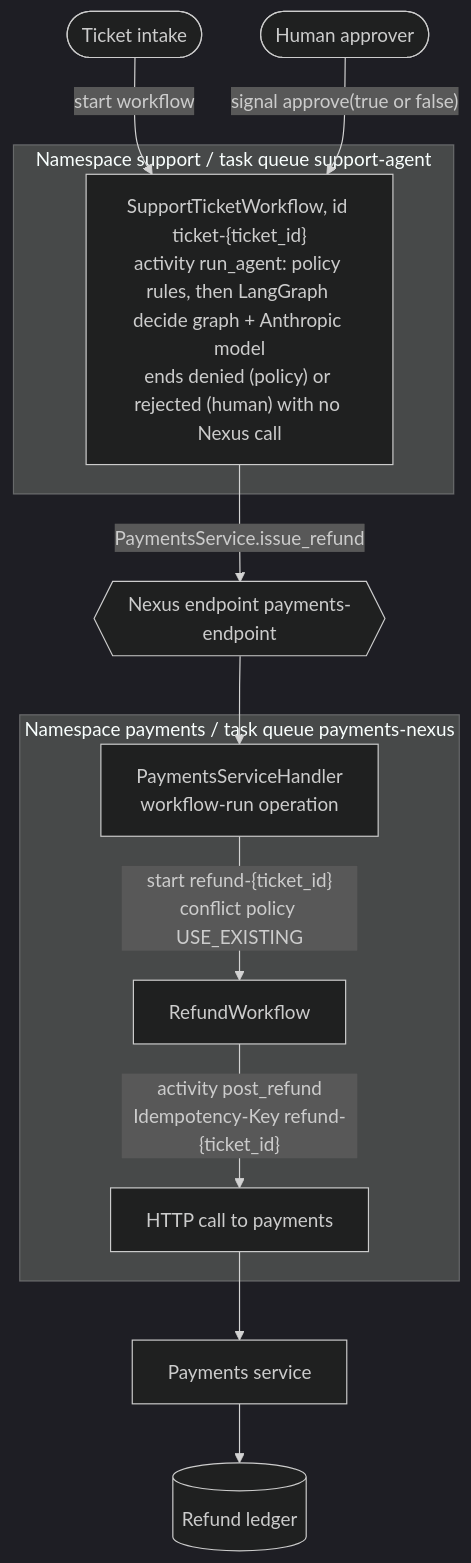
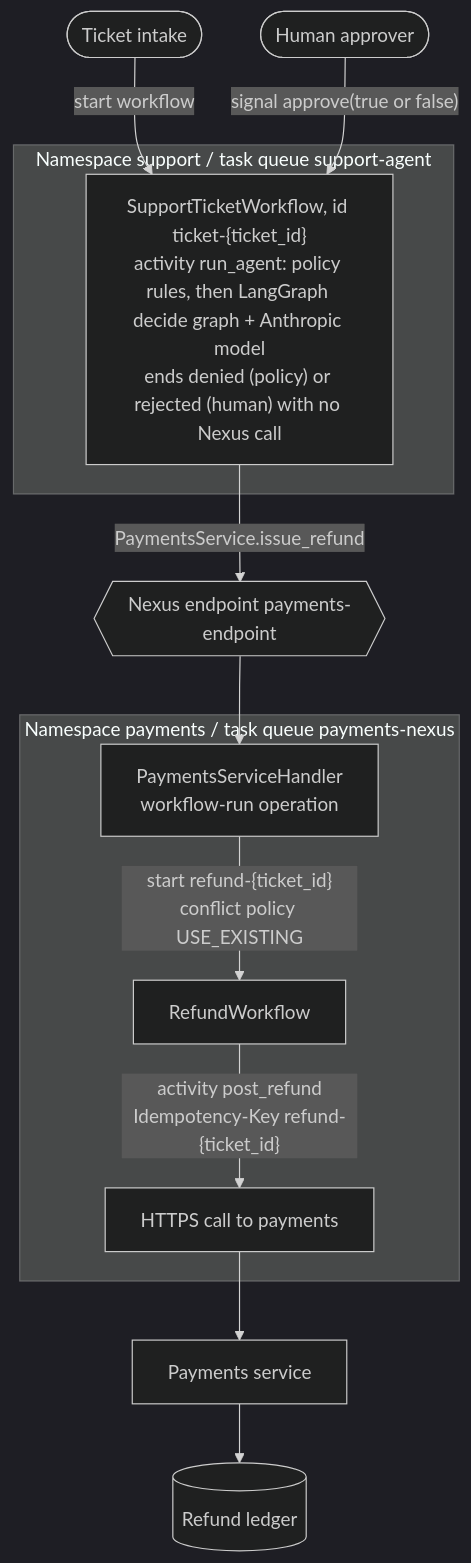
One commit to agileresearchservices/paid-once changed the second of 5 diagrams in docs/architecture.md. Above: the diagram before and after it, drawn with Mermaid (dark theme). The commit also changed other lines of this file and 20 other files, not shown here.

First line of the commit message:
Serve payments and the Lane 1 API over HTTPS with self-signed certificates (#21)

````diff
--- a/docs/architecture.md
+++ b/docs/architecture.md
@@ -40,15 +40,15 @@
 ```mermaid
 flowchart TB
     Helpdesk([Ticket intake]) -->|start workflow| SupportWF
     Approver([Human approver]) -->|"signal approve(true or false)"| SupportWF
     subgraph SupportNS["Namespace support / task queue support-agent"]
         SupportWF["SupportTicketWorkflow, id ticket-{ticket_id}<br/>activity run_agent: policy rules, then LangGraph decide graph + Anthropic model<br/>ends denied (policy) or rejected (human) with no Nexus call"]
     end
     SupportWF -->|"PaymentsService.issue_refund"| Endpoint{{"Nexus endpoint payments-endpoint"}}
     Endpoint --> Handler
     subgraph PaymentsNS["Namespace payments / task queue payments-nexus"]
         Handler["PaymentsServiceHandler<br/>workflow-run operation"] -->|"start refund-{ticket_id}<br/>conflict policy USE_EXISTING"| RefundWF["RefundWorkflow"]
-        RefundWF -->|"activity post_refund<br/>Idempotency-Key refund-{ticket_id}"| Post["HTTP call to payments"]
+        RefundWF -->|"activity post_refund<br/>Idempotency-Key refund-{ticket_id}"| Post["HTTPS call to payments"]
     end
     Post --> Payments[Payments service] --> Ledger[(Refund ledger)]
 ```
````
